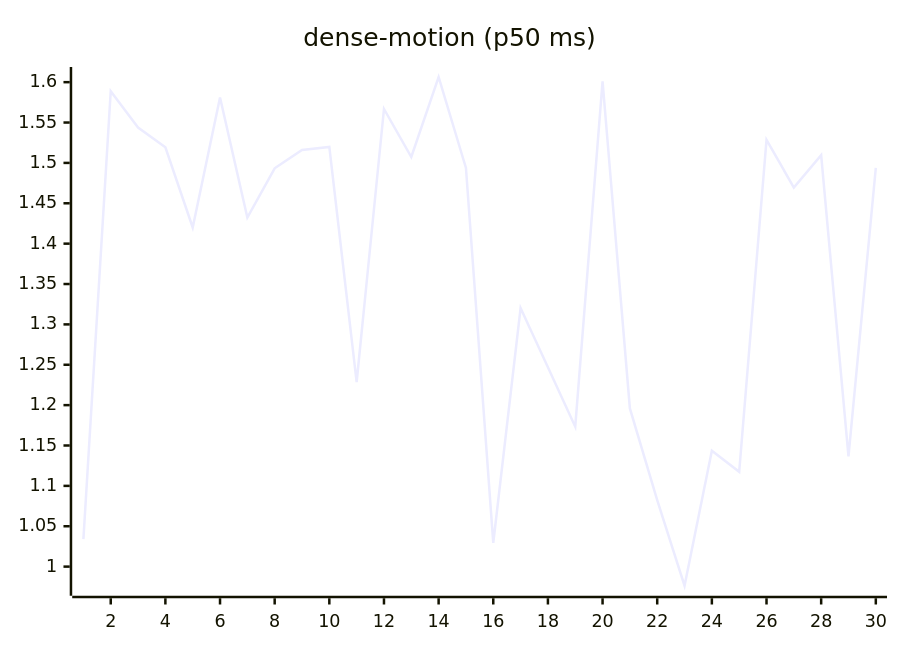
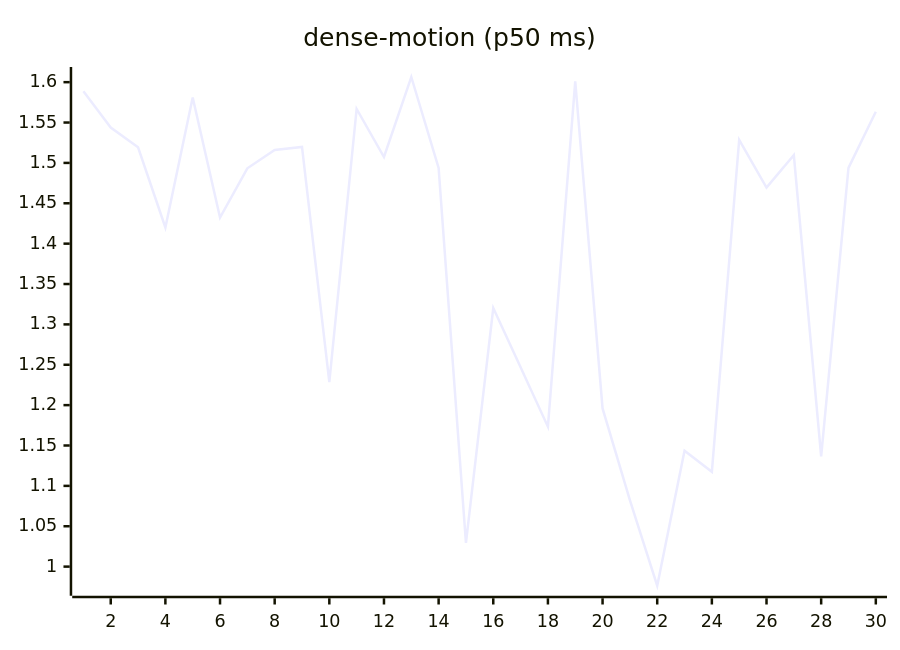
Before and after one commit to josha/Facet: the ninth of 27 diagrams in README.md, drawn with Mermaid. The commit also changed other lines of this file and 2 other files, not shown here.

````diff
--- a/README.md
+++ b/README.md
@@ -119,6 +119,6 @@
 ```mermaid
 xychart-beta
     title "dense-motion (p50 ms)"
     x-axis 1 --> 30
-    line [1.0340, 1.5887, 1.5438, 1.5193, 1.4201, 1.5809, 1.4323, 1.4933, 1.5160, 1.5198, 1.2285, 1.5668, 1.5073, 1.6064, 1.4938, 1.0293, 1.3202, 1.2469, 1.1733, 1.6011, 1.1959, 1.0823, 0.9763, 1.1436, 1.1174, 1.5286, 1.4695, 1.5096, 1.1365, 1.4939]
+    line [1.5887, 1.5438, 1.5193, 1.4201, 1.5809, 1.4323, 1.4933, 1.5160, 1.5198, 1.2285, 1.5668, 1.5073, 1.6064, 1.4938, 1.0293, 1.3202, 1.2469, 1.1733, 1.6011, 1.1959, 1.0823, 0.9763, 1.1436, 1.1174, 1.5286, 1.4695, 1.5096, 1.1365, 1.4939, 1.5634]
 ```
````
